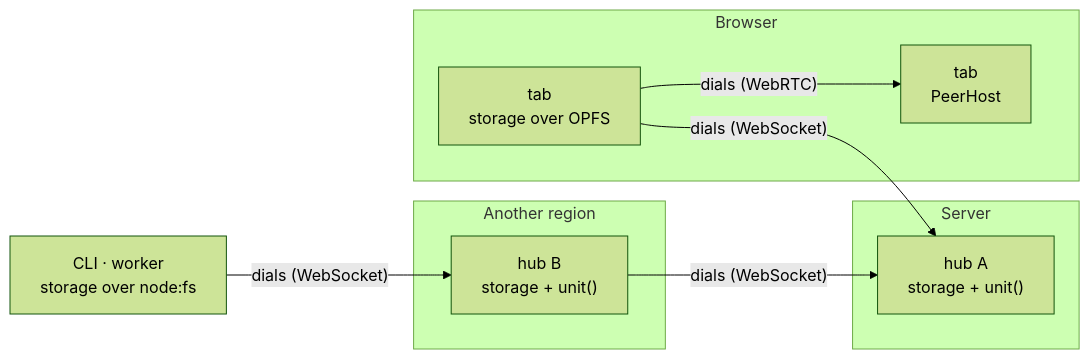
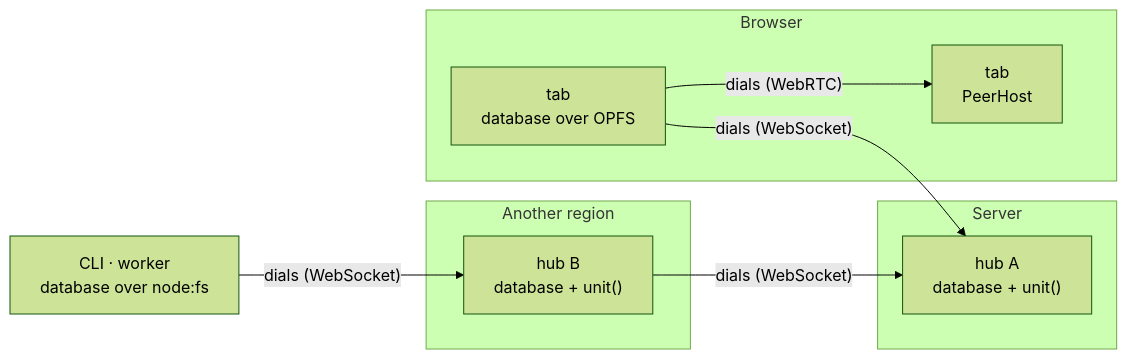
Before and after one commit to Alexis-Technologies/syncom: the third of 4 diagrams in docs/guide/architecture.md, drawn with Mermaid (forest theme). The commit also changed other lines of this file and 270 other files, not shown here.

````diff
--- a/docs/guide/architecture.md
+++ b/docs/guide/architecture.md
@@ -113,18 +127,18 @@
 ```mermaid
 flowchart LR
   subgraph server["Server"]
-    hub1["hub A<br/>storage + unit()"]
+    hub1["hub A<br/>database + unit()"]
   end
   subgraph region["Another region"]
-    hub2["hub B<br/>storage + unit()"]
+    hub2["hub B<br/>database + unit()"]
   end
   subgraph browser["Browser"]
-    tab["tab<br/>storage over OPFS"]
+    tab["tab<br/>database over OPFS"]
     peer["tab<br/>PeerHost"]
   end
-  cli["CLI · worker<br/>storage over node:fs"]
+  cli["CLI · worker<br/>database over node:fs"]
   hub2 -- "dials (WebSocket)" --> hub1
   tab -- "dials (WebSocket)" --> hub1
   cli -- "dials (WebSocket)" --> hub2
   tab -- "dials (WebRTC)" --> peer
 ```
````
